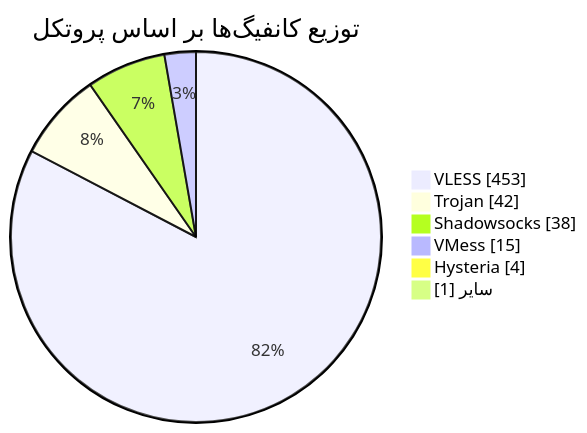
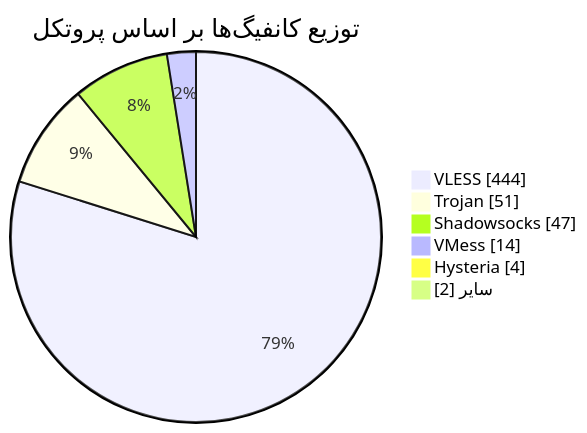
The diagram in README.md (Arian-Alijani/Somthing), drawn with Mermaid before and after one commit. The commit also changed other lines of this file and 79 other files, not shown here.

````diff
--- a/README.md
+++ b/README.md
@@ -48,10 +48,10 @@
 ```mermaid
 pie showData
     title توزیع کانفیگ‌ها بر اساس پروتکل
-    "VLESS" : 453
-    "Trojan" : 42
-    "Shadowsocks" : 38
-    "VMess" : 15
+    "VLESS" : 444
+    "Trojan" : 51
+    "Shadowsocks" : 47
+    "VMess" : 14
     "Hysteria" : 4
-    "سایر" : 1
+    "سایر" : 2
 ```
````
